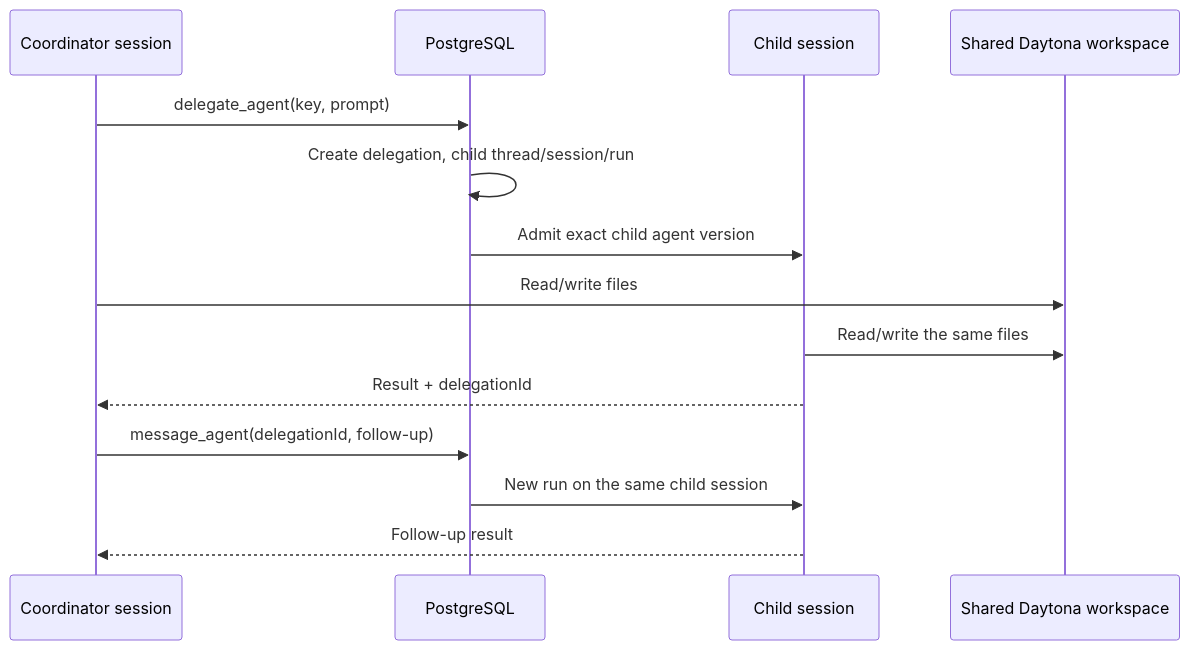
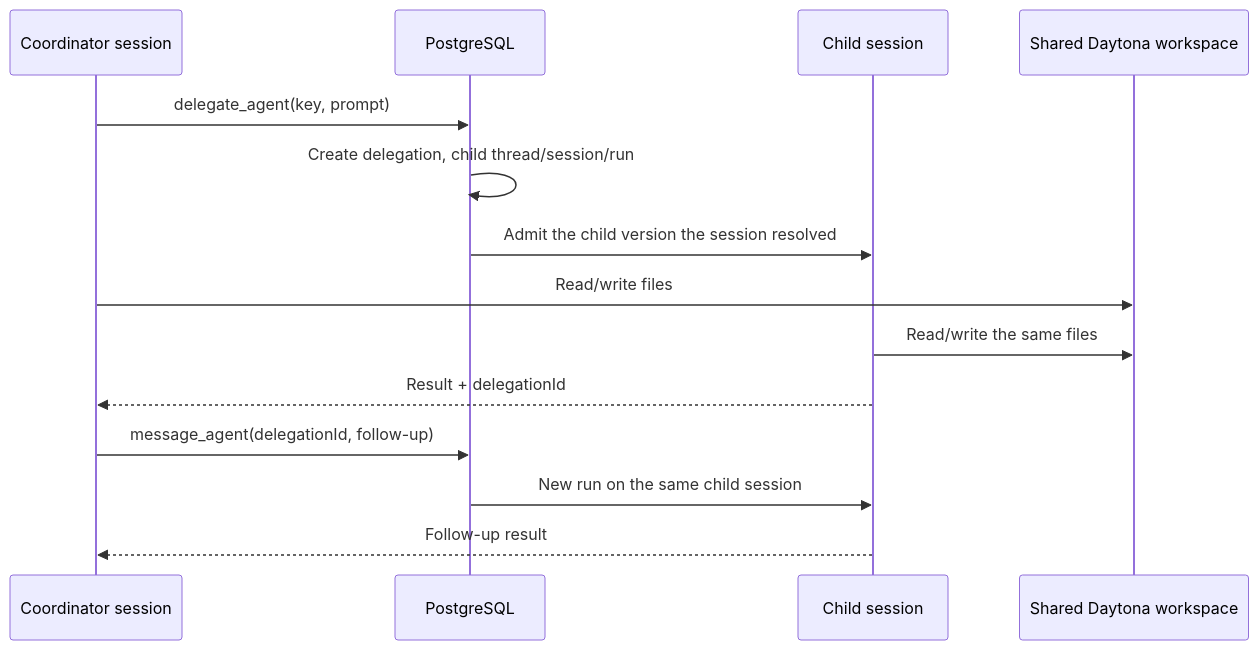
The diagram in docs/concepts/multi-agent-orchestration.mdx (vectrix-ai/oao), drawn with Mermaid before and after one commit. The commit also changed other lines of this file and 39 other files, not shown here.

````diff
--- a/docs/concepts/multi-agent-orchestration.mdx
+++ b/docs/concepts/multi-agent-orchestration.mdx
@@ -59,17 +241,17 @@
 ```mermaid
 sequenceDiagram
   participant C as Coordinator session
   participant DB as PostgreSQL
   participant Child as Child session
   participant WS as Shared Daytona workspace
 
   C->>DB: delegate_agent(key, prompt)
   DB->>DB: Create delegation, child thread/session/run
-  DB->>Child: Admit exact child agent version
+  DB->>Child: Admit the child version the session resolved
   C->>WS: Read/write files
   Child->>WS: Read/write the same files
   Child-->>C: Result + delegationId
   C->>DB: message_agent(delegationId, follow-up)
   DB->>Child: New run on the same child session
   Child-->>C: Follow-up result
 ```
````
